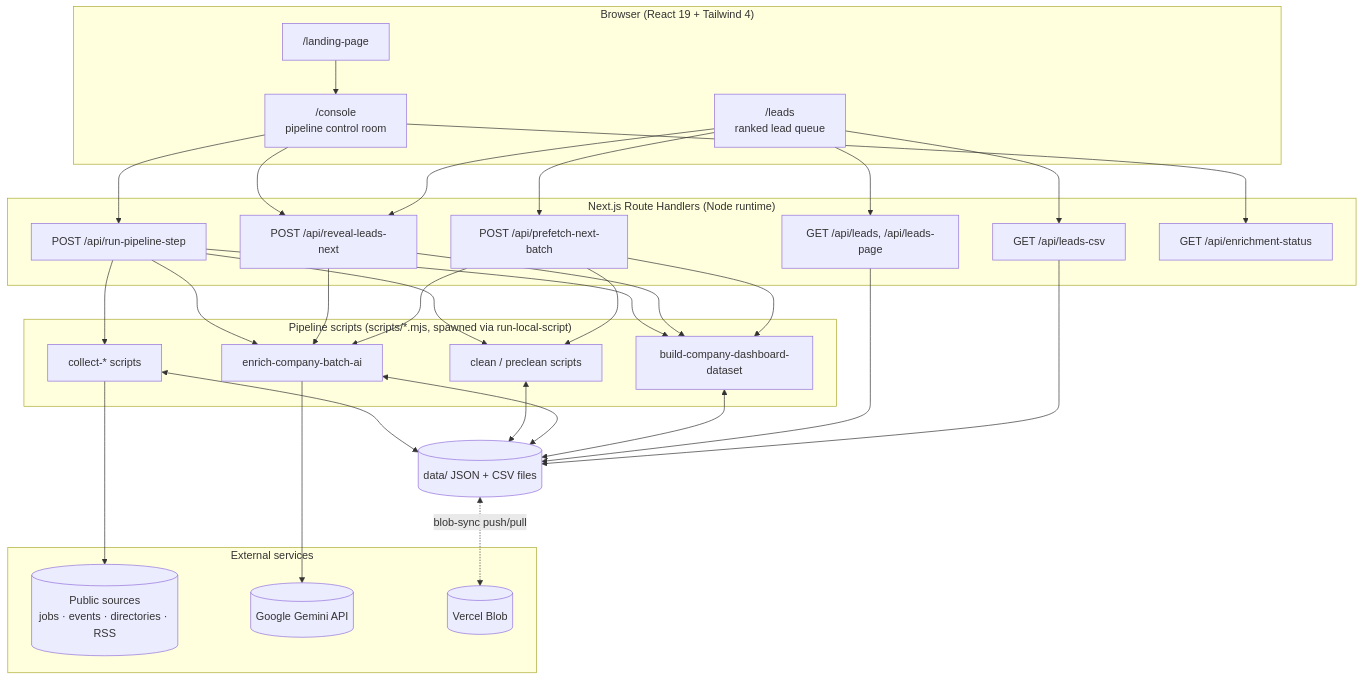
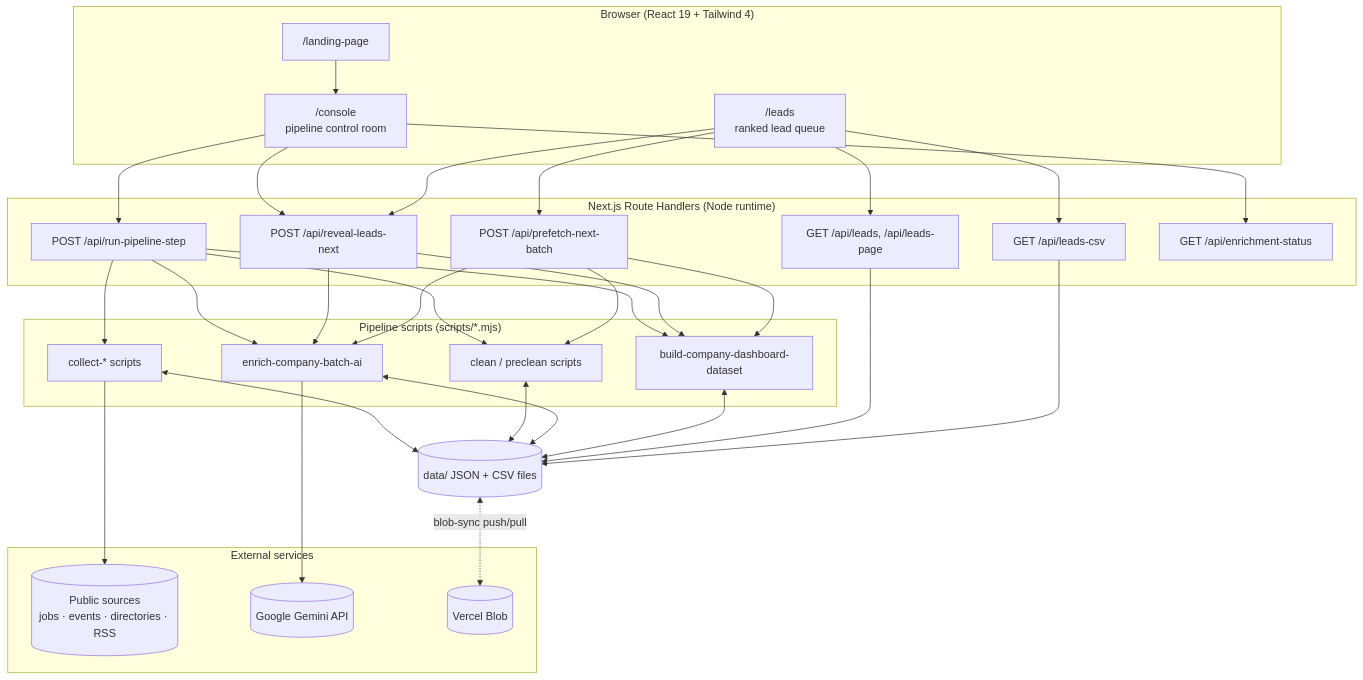
Before and after one commit to iiabhi/Lead-Generation-Project: the fourth of 7 diagrams in README.md, drawn with Mermaid. The commit also changed other lines of this file, not shown here.

````diff
--- a/README.md
+++ b/README.md
@@ -126,52 +264,52 @@
 ```mermaid
 flowchart TD
     subgraph Client["Browser (React 19 + Tailwind 4)"]
         LP["/landing-page"]
         CON["/console<br/>pipeline control room"]
         LQ["/leads<br/>ranked lead queue"]
     end
 
     subgraph Server["Next.js Route Handlers (Node runtime)"]
         RPS["POST /api/run-pipeline-step"]
         LEADS["GET /api/leads, /api/leads-page"]
         REV["POST /api/reveal-leads-next"]
         PRE["POST /api/prefetch-next-batch"]
         CSV["GET /api/leads-csv"]
         ST["GET /api/enrichment-status"]
     end
 
-    subgraph Workers["Pipeline scripts (scripts/*.mjs, spawned via run-local-script)"]
+    subgraph Workers["Pipeline scripts (scripts/*.mjs)"]
         COL["collect-* scripts"]
         CLN["clean / preclean scripts"]
         ENR["enrich-company-batch-ai"]
         BLD["build-company-dashboard-dataset"]
     end
 
     subgraph External["External services"]
         SRC[("Public sources<br/>jobs · events · directories · RSS")]
         GEM[("Google Gemini API")]
         BLOB[("Vercel Blob")]
     end
 
     DATA[("data/ JSON + CSV files")]
 
     LP --> CON
     CON --> RPS
     CON --> REV
     LQ --> LEADS
     LQ --> REV
     LQ --> CSV
     LQ --> PRE
     CON --> ST
 
     RPS --> COL & CLN & ENR & BLD
     REV --> ENR & BLD
     PRE --> CLN & ENR & BLD
 
     COL --> SRC
     ENR --> GEM
     COL & CLN & ENR & BLD <--> DATA
     LEADS --> DATA
     CSV --> DATA
     DATA <-. blob-sync push/pull .-> BLOB
 ```
````
